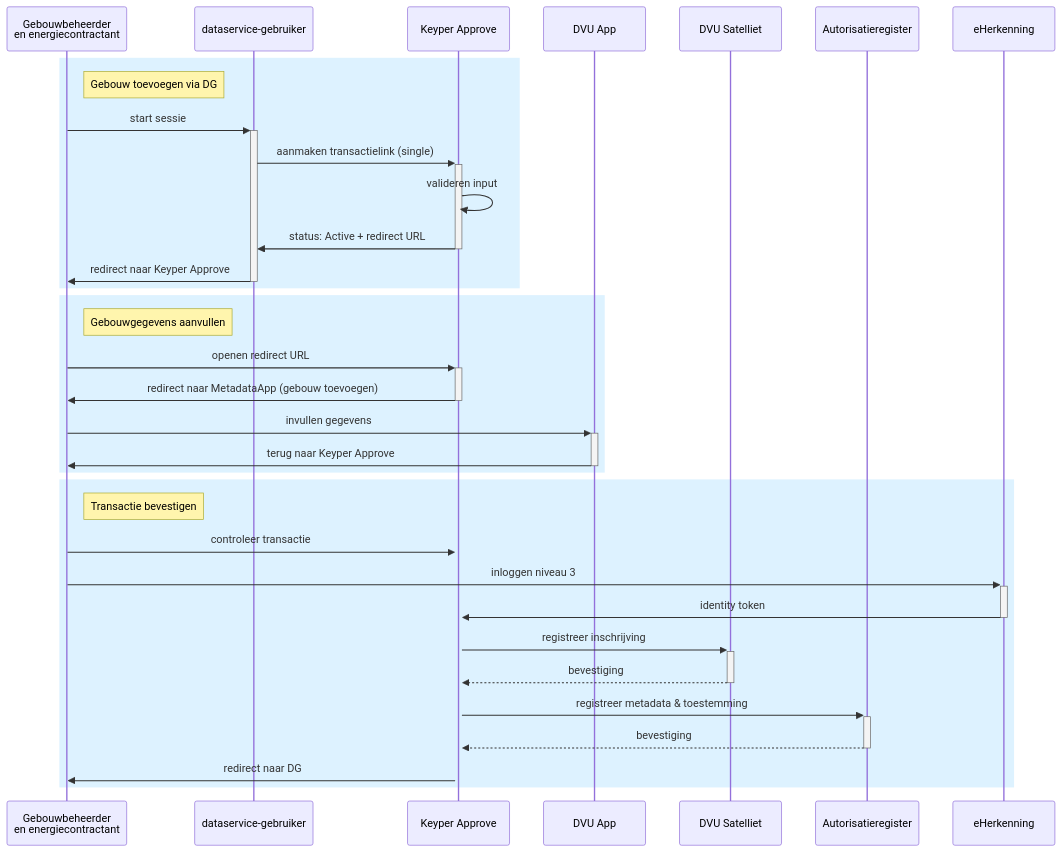
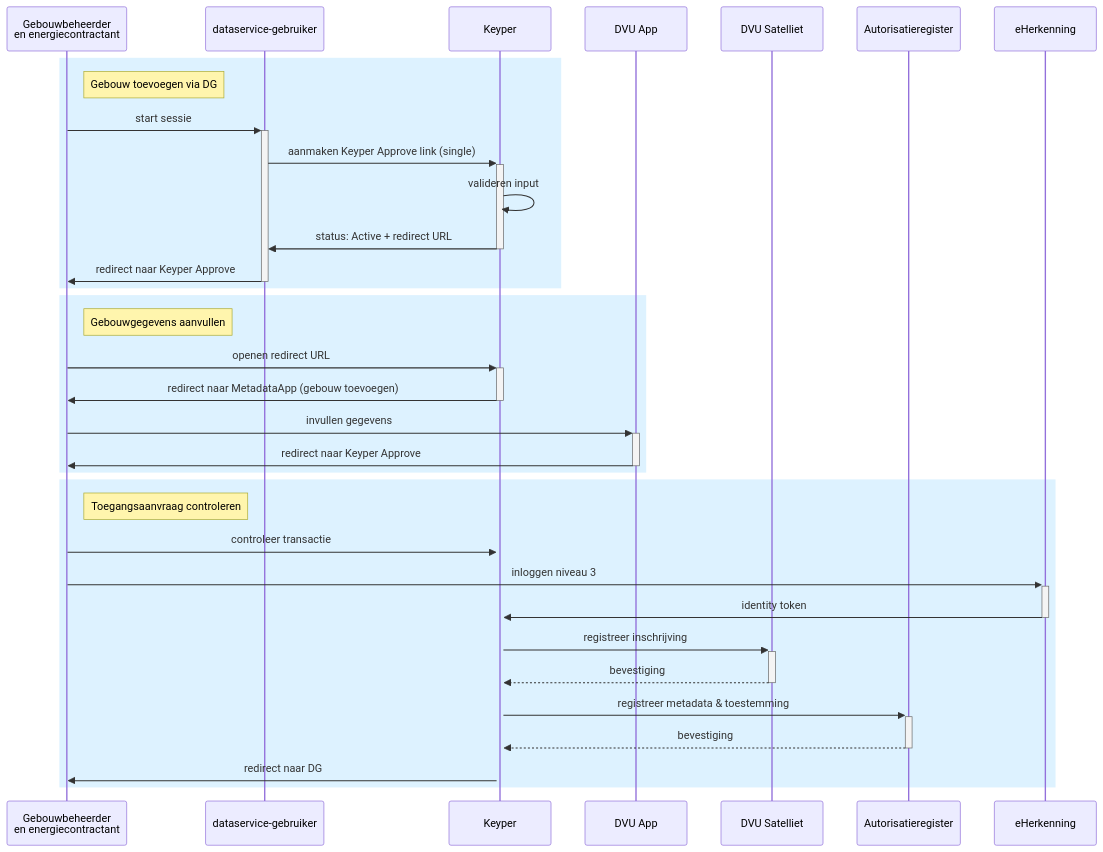
One commit to POORT8/Poort8.Docs changed the diagram in dvu/single-building.md. Above: the diagram before and after it, drawn with Mermaid. The commit also changed other lines of this file and 7 other files, not shown here.

````diff
--- a/dvu/single-building.md
+++ b/dvu/single-building.md
@@ -142,39 +121,39 @@
 ```mermaid
 sequenceDiagram
   participant GE as Gebouwbeheerder<br/>en energiecontractant
   participant DG as dataservice-gebruiker
-  participant KA as Keyper Approve
+  participant KP as Keyper
   participant MetadataApp as DVU App
   participant DVUSat as DVU Satelliet
   participant AR as Autorisatieregister
   participant Eherkenning as eHerkenning
 
   rect rgb(221, 242, 255)
     note right of GE: Gebouw toevoegen via DG
     GE->>+DG: start sessie
-    DG->>+KA: aanmaken transactielink (single)
-    KA->>KA: valideren input
-    KA->>-DG: status: Active + redirect URL
+    DG->>+KP: aanmaken Keyper Approve link (single)
+    KP->>KP: valideren input
+    KP->>-DG: status: Active + redirect URL
     DG->>-GE: redirect naar Keyper Approve
   end
 
   rect rgb(221, 242, 255)
     note right of GE: Gebouwgegevens aanvullen
-    GE->>+KA: openen redirect URL
-    KA->>-GE: redirect naar MetadataApp (gebouw toevoegen)
+    GE->>+KP: openen redirect URL
+    KP->>-GE: redirect naar MetadataApp (gebouw toevoegen)
     GE->>+MetadataApp: invullen gegevens
-    MetadataApp->>-GE: terug naar Keyper Approve
+    MetadataApp->>-GE: redirect naar Keyper Approve
   end
 
   rect rgb(221, 242, 255)
-    note right of GE: Transactie bevestigen
-    GE->>+KA: controleer transactie
+    note right of GE: Toegangsaanvraag controleren
+    GE->>+KP: controleer transactie
     GE->>+Eherkenning: inloggen niveau 3
-    Eherkenning->>-KA: identity token
-    KA->>+DVUSat: registreer inschrijving
-    DVUSat-->>-KA: bevestiging
-    KA->>+AR: registreer metadata & toestemming
-    AR-->>-KA: bevestiging
-    KA->>GE: redirect naar DG
+    Eherkenning->>-KP: identity token
+    KP->>+DVUSat: registreer inschrijving
+    DVUSat-->>-KP: bevestiging
+    KP->>+AR: registreer metadata & toestemming
+    AR-->>-KP: bevestiging
+    KP->>GE: redirect naar DG
   end
 ```
````
